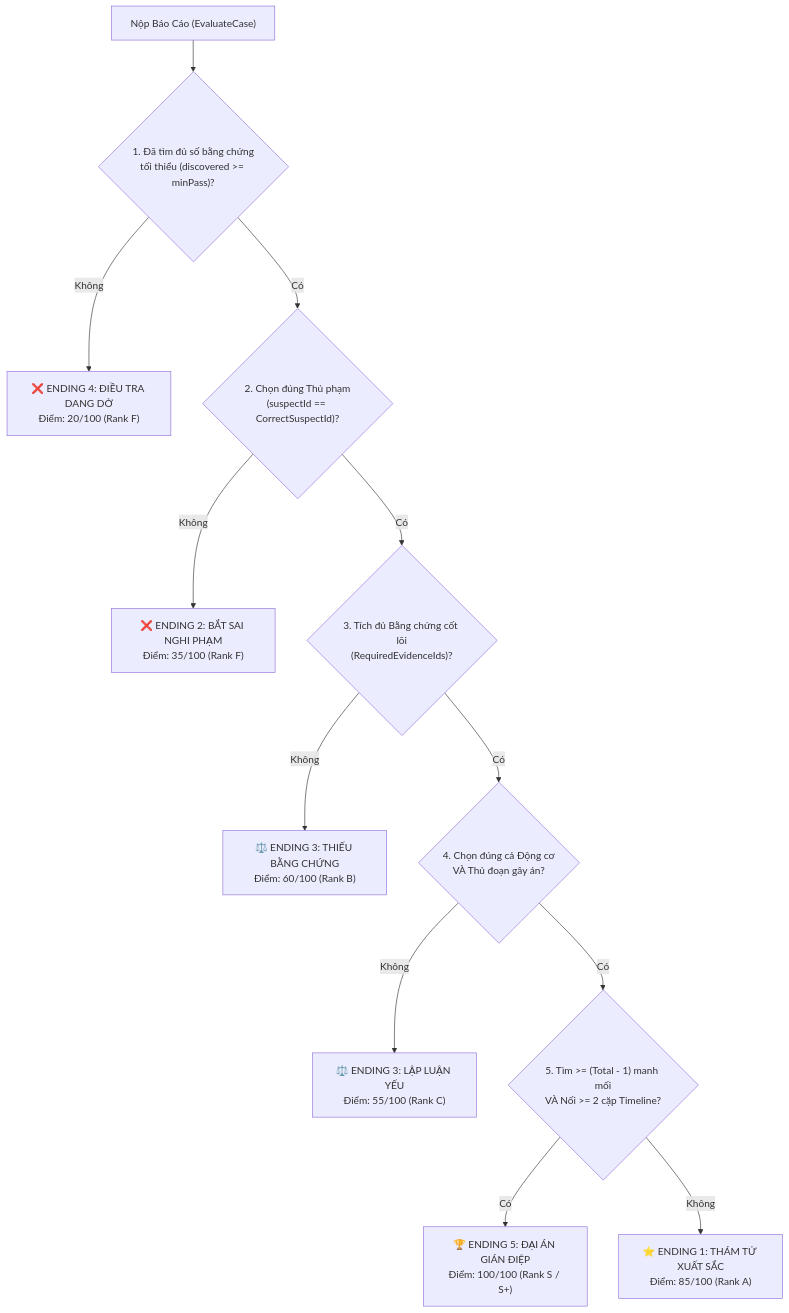
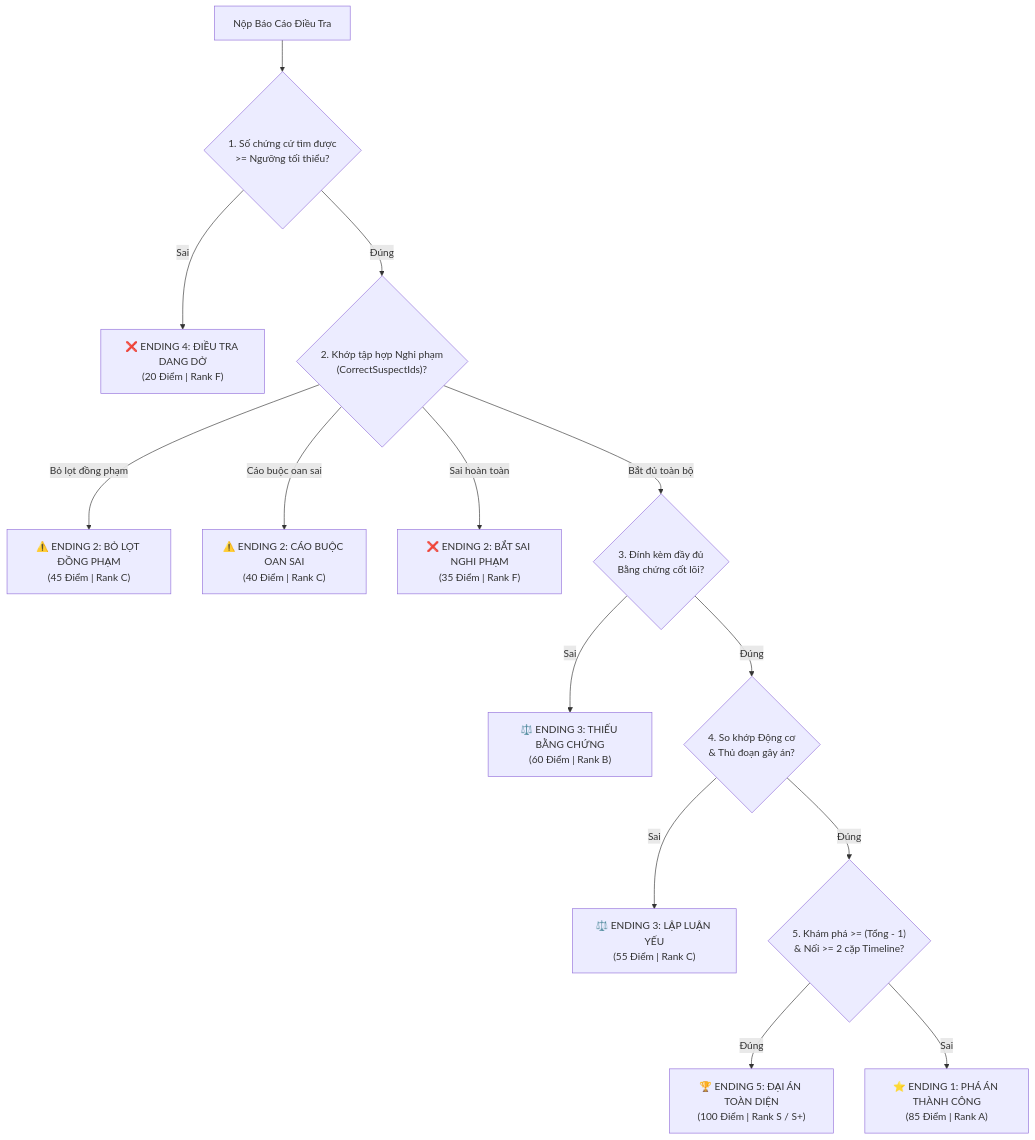
The fifth of 5 diagrams in README.md (soda2611/Detective_Desktop), drawn with Mermaid before and after one commit. The commit also changed other lines of this file, not shown here.

````diff
--- a/README.md
+++ b/README.md
@@ -261,14 +247,19 @@
 ```mermaid
 flowchart TD
-    Start["Nộp Báo Cáo (EvaluateCase)"] --> Step1{"1. Đã tìm đủ số bằng chứng\ntối thiểu (discovered >= minPass)?"}
-    Step1 -- Không --> End4["❌ ENDING 4: ĐIỀU TRA DANG DỞ\nĐiểm: 20/100 (Rank F)"]
-    Step1 -- Có --> Step2{"2. Chọn đúng Thủ phạm\n(suspectId == CorrectSuspectId)?"}
-    Step2 -- Không --> End2["❌ ENDING 2: BẮT SAI NGHI PHẠM\nĐiểm: 35/100 (Rank F)"]
-    Step2 -- Có --> Step3{"3. Tích đủ Bằng chứng cốt lõi\n(RequiredEvidenceIds)?"}
-    Step3 -- Không --> End3A["⚖️ ENDING 3: THIẾU BẰNG CHỨNG\nĐiểm: 60/100 (Rank B)"]
-    Step3 -- Có --> Step4{"4. Chọn đúng cả Động cơ\nVÀ Thủ đoạn gây án?"}
-    Step4 -- Không --> End3B["⚖️ ENDING 3: LẬP LUẬN YẾU\nĐiểm: 55/100 (Rank C)"]
-    Step4 -- Có --> Step5{"5. Tìm >= (Total - 1) manh mối\nVÀ Nối >= 2 cặp Timeline?"}
-    Step5 -- Có --> End5["🏆 ENDING 5: ĐẠI ÁN GIÁN ĐIỆP\nĐiểm: 100/100 (Rank S / S+)"]
-    Step5 -- Không --> End1["⭐ ENDING 1: THÁM TỬ XUẤT SẮC\nĐiểm: 85/100 (Rank A)"]
+    Start["Nộp Báo Cáo Điều Tra"] --> L1{"1. Số chứng cứ tìm được\n>= Ngưỡng tối thiểu?"}
+    L1 -- Sai --> E4["❌ ENDING 4: ĐIỀU TRA DANG DỞ\n(20 Điểm | Rank F)"]
+    L1 -- Đúng --> L2{"2. Khớp tập hợp Nghi phạm\n(CorrectSuspectIds)?"}
+    
+    L2 -- Bỏ lọt đồng phạm --> E2A["⚠️ ENDING 2: BỎ LỌT ĐỒNG PHẠM\n(45 Điểm | Rank C)"]
+    L2 -- Cáo buộc oan sai --> E2B["⚠️ ENDING 2: CÁO BUỘC OAN SAI\n(40 Điểm | Rank C)"]
+    L2 -- Sai hoàn toàn --> E2C["❌ ENDING 2: BẮT SAI NGHI PHẠM\n(35 Điểm | Rank F)"]
+    
+    L2 -- Bắt đủ toàn bộ --> L3{"3. Đính kèm đầy đủ\nBằng chứng cốt lõi?"}
+    L3 -- Sai --> E3A["⚖️ ENDING 3: THIẾU BẰNG CHỨNG\n(60 Điểm | Rank B)"]
+    L3 -- Đúng --> L4{"4. So khớp Động cơ\n& Thủ đoạn gây án?"}
+    L4 -- Sai --> E3B["⚖️ ENDING 3: LẬP LUẬN YẾU\n(55 Điểm | Rank C)"]
+    
+    L4 -- Đúng --> L5{"5. Khám phá >= (Tổng - 1)\n& Nối >= 2 cặp Timeline?"}
+    L5 -- Đúng --> E5["🏆 ENDING 5: ĐẠI ÁN TOÀN DIỆN\n(100 Điểm | Rank S / S+)"]
+    L5 -- Sai --> E1["⭐ ENDING 1: PHÁ ÁN THÀNH CÔNG\n(85 Điểm | Rank A)"]
 ```
````
